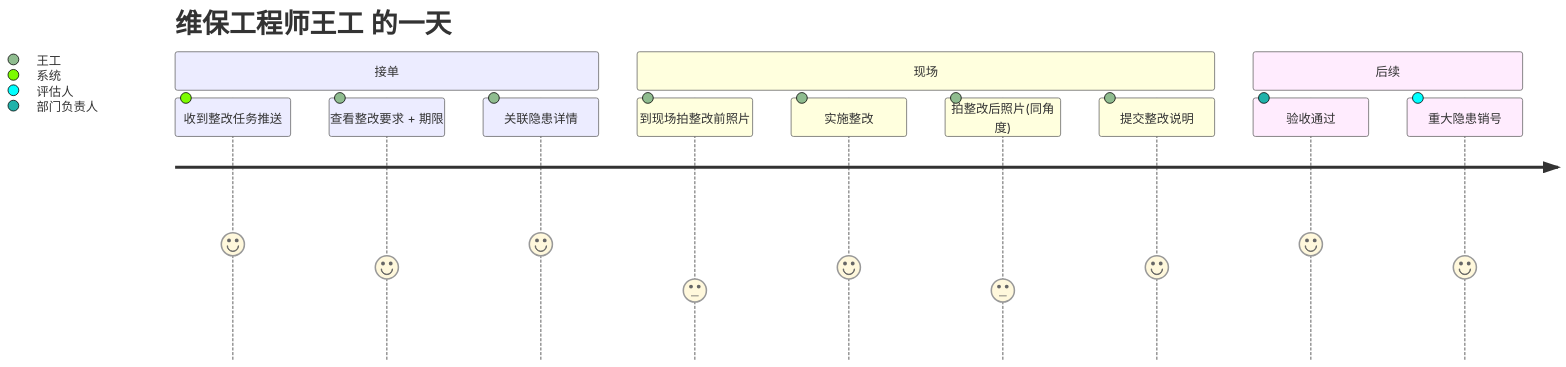
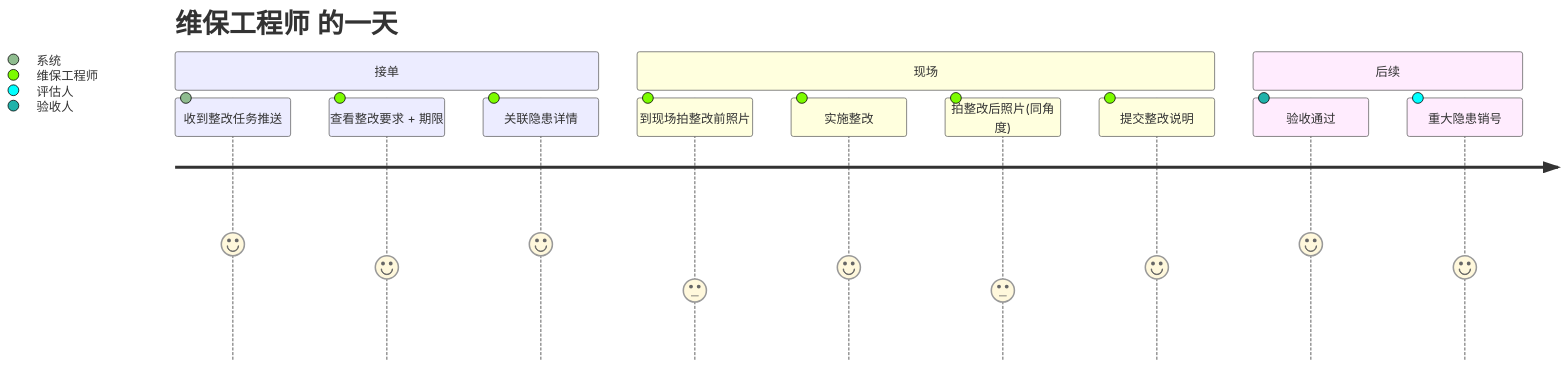
One commit to LiSunny/SaaS_Demo changed the seventh of 8 diagrams in docs/隐患管理/biz-design-大纲.md. Above: the diagram before and after it, drawn with Mermaid. The commit also changed other lines of this file and 1 other file, not shown here.

````diff
--- a/docs/隐患管理/biz-design-大纲.md
+++ b/docs/隐患管理/biz-design-大纲.md
@@ -452,16 +452,16 @@
 ```mermaid
 journey
-    title 维保工程师王工 的一天
+    title 维保工程师 的一天
     section 接单
       收到整改任务推送: 5: 系统
-      查看整改要求 + 期限: 4: 王工
-      关联隐患详情: 5: 王工
+      查看整改要求 + 期限: 4: 维保工程师
+      关联隐患详情: 5: 维保工程师
     section 现场
-      到现场拍整改前照片: 3: 王工
-      实施整改: 4: 王工
-      拍整改后照片(同角度): 3: 王工
-      提交整改说明: 4: 王工
+      到现场拍整改前照片: 3: 维保工程师
+      实施整改: 4: 维保工程师
+      拍整改后照片(同角度): 3: 维保工程师
+      提交整改说明: 4: 维保工程师
     section 后续
-      验收通过: 5: 部门负责人
+      验收通过: 5: 验收人
       重大隐患销号: 4: 评估人
 ```
````
